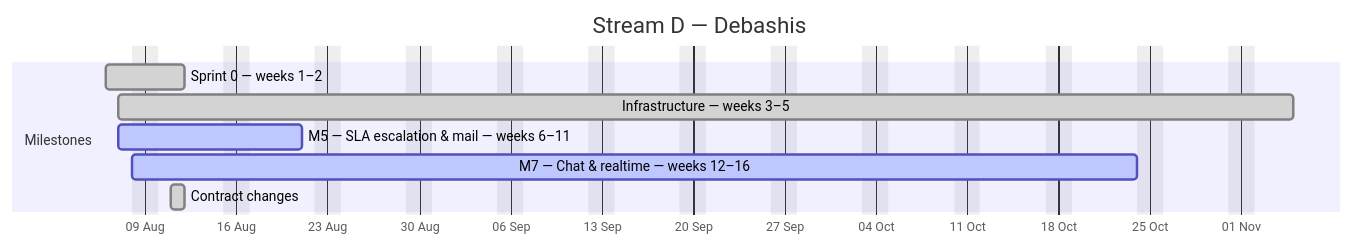
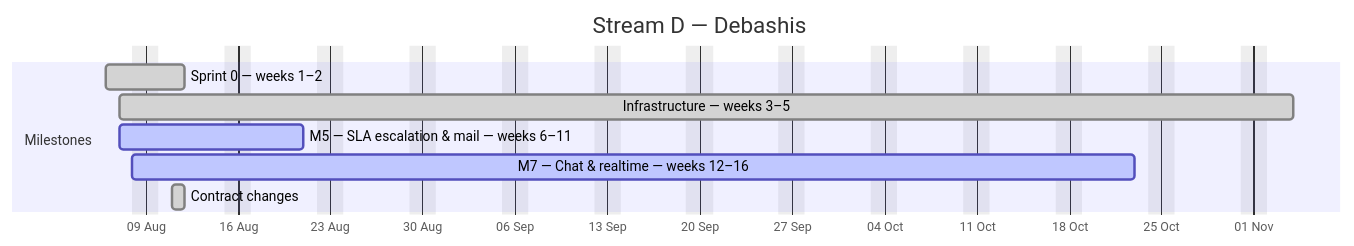
Before and after one commit to debashisedunext/EduTrack: the fourth of 4 diagrams in docs/plan/GANTT.md, drawn with Mermaid. The commit also changed other lines of this file and 2 other files, not shown here.

````diff
--- a/docs/plan/GANTT.md
+++ b/docs/plan/GANTT.md
@@ -157,13 +157,13 @@
 ```mermaid
 gantt
     dateFormat YYYY-MM-DD
     axisFormat %d %b
     title Stream D — Debashis
     excludes weekends
     section Milestones
     Sprint 0 — weeks 1–2 :done, d0, 2026-08-06, 4d
-    Infrastructure — weeks 3–5 :done, d1, 2026-08-07, 64d
+    Infrastructure — weeks 3–5 :done, d1, 2026-08-07, 63d
     M5 — SLA  escalation & mail — weeks 6–11 :active, d2, 2026-08-07, 10d
-    M7 — Chat & realtime — weeks 12–16 :active, d3, 2026-08-08, 56d
+    M7 — Chat & realtime — weeks 12–16 :active, d3, 2026-08-08, 55d
     Contract changes :done, d4, 2026-08-11, 1d
 ```
````
